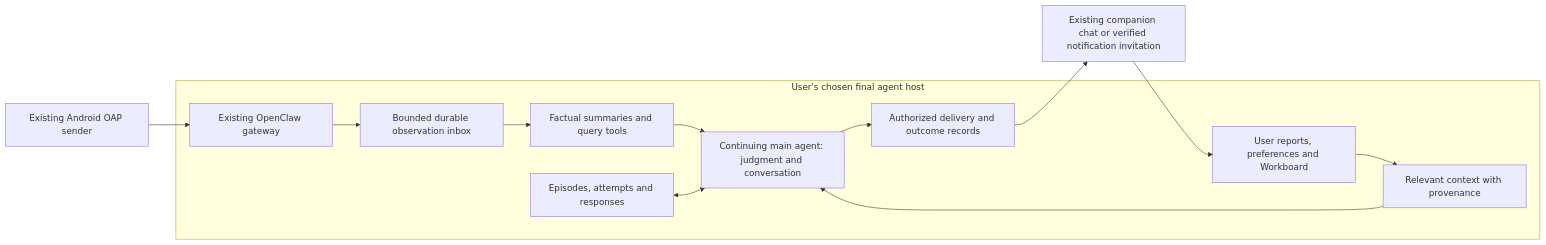
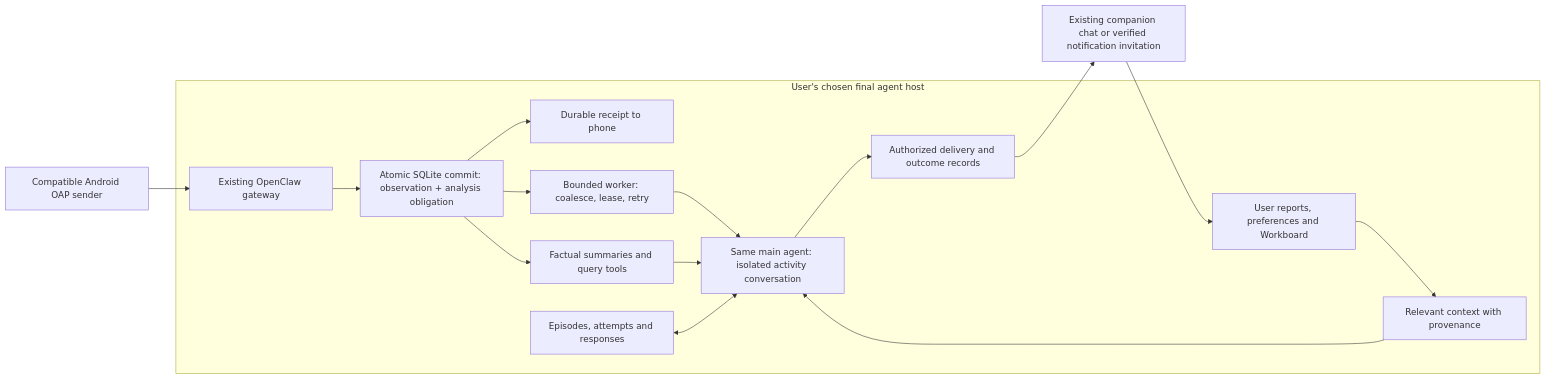
One commit to rustom-shroff/livabit changed the first of 6 diagrams in specs/system-architecture.md. Above: the diagram before and after it, drawn with Mermaid. The commit also changed other lines of this file and 74 other files, not shown here.

Commit message:
Add durable personal-agent reviews and notification recovery

````diff
--- a/specs/system-architecture.md
+++ b/specs/system-architecture.md
@@ -7,15 +7,18 @@
 ```mermaid
 flowchart LR
-  D["Existing Android OAP sender"] --> G["Existing OpenClaw gateway"]
+  D["Compatible Android OAP sender"] --> G["Existing OpenClaw gateway"]
   subgraph H["User's chosen final agent host"]
-    G --> I["Bounded durable observation inbox"]
+    G --> I["Atomic SQLite commit: observation + analysis obligation"]
+    I --> ACK["Durable receipt to phone"]
+    I --> W["Bounded worker: coalesce, lease, retry"]
     I --> Q["Factual summaries and query tools"]
     U["User reports, preferences and Workboard"] --> K["Relevant context with provenance"]
-    Q --> M["Continuing main agent: judgment and conversation"]
+    W --> M["Same main agent: isolated activity conversation"]
+    Q --> M
     K --> M
     E["Episodes, attempts and responses"] <--> M
     M --> P["Authorized delivery and outcome records"]
   end
   P --> A["Existing companion chat or verified notification invitation"]
   A --> U
 ```
````
